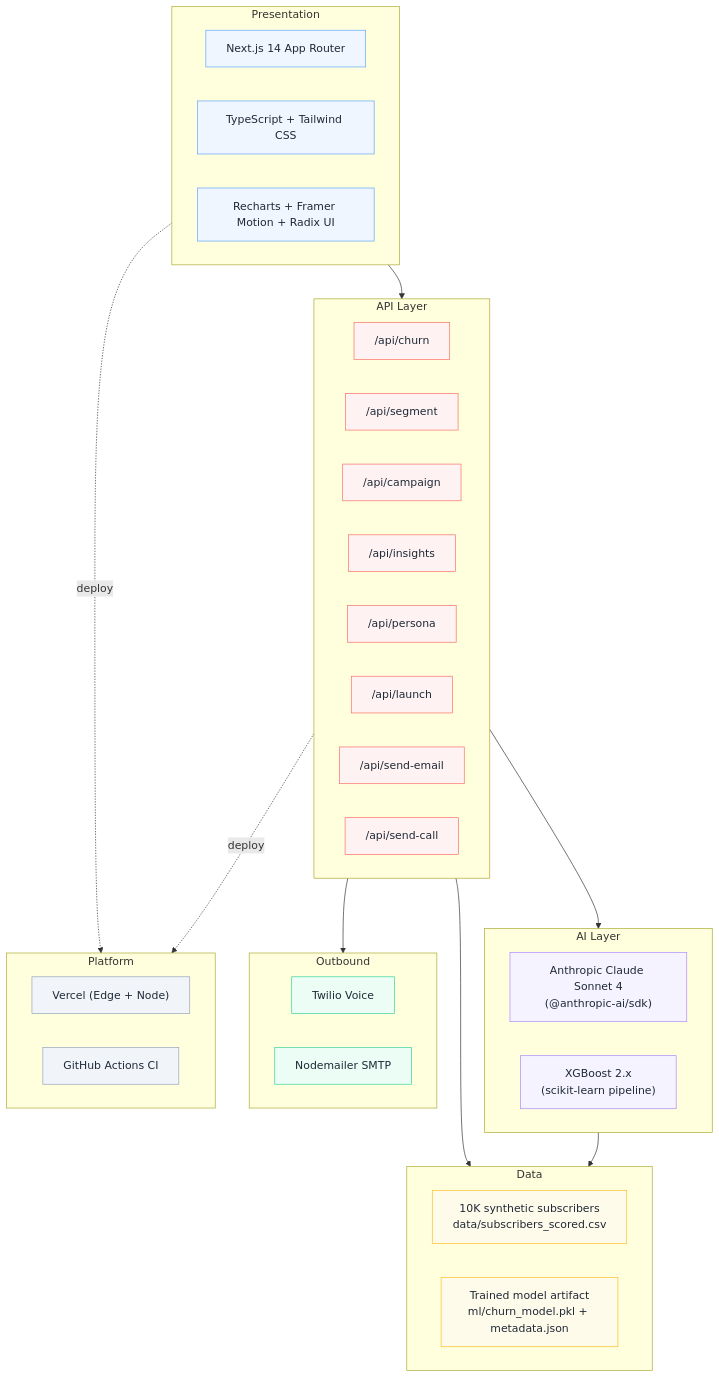
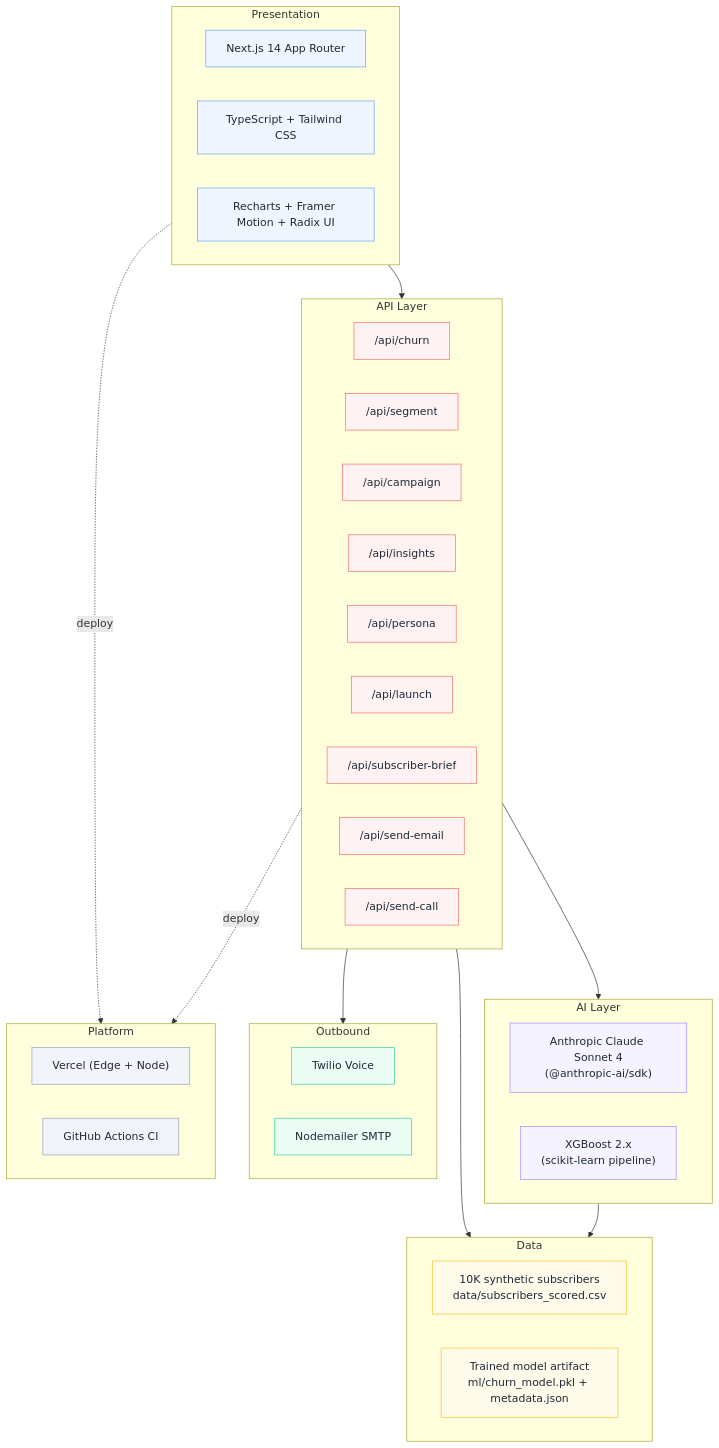
One commit to mn3265-commits/telcopulse-ai changed the diagram in docs/diagrams/tech_stack.mmd. Above: the diagram before and after it, drawn with Mermaid. The commit also changed 11 other files, not shown here.

First line of the commit message:
Add per-subscriber AI brief and editable HITL retention drafts

```diff
--- a/docs/diagrams/tech_stack.mmd
+++ b/docs/diagrams/tech_stack.mmd
@@ -1,59 +1,60 @@
 flowchart TB
     subgraph L1["Presentation"]
         FE1["Next.js 14 App Router"]
         FE2["TypeScript + Tailwind CSS"]
         FE3["Recharts + Framer Motion + Radix UI"]
     end
 
     subgraph L2["API Layer"]
         API1["/api/churn"]
         API2["/api/segment"]
         API3["/api/campaign"]
         API4["/api/insights"]
         API5["/api/persona"]
         API6["/api/launch"]
-        API7["/api/send-email"]
-        API8["/api/send-call"]
+        API7["/api/subscriber-brief"]
+        API8["/api/send-email"]
+        API9["/api/send-call"]
     end
 
     subgraph L3["AI Layer"]
         AI1["Anthropic Claude Sonnet 4<br/>(@anthropic-ai/sdk)"]
         ML1["XGBoost 2.x<br/>(scikit-learn pipeline)"]
     end
 
     subgraph L4["Data"]
         D1["10K synthetic subscribers<br/>data/subscribers_scored.csv"]
         D2["Trained model artifact<br/>ml/churn_model.pkl + metadata.json"]
     end
 
     subgraph L5["Outbound"]
         OB1["Twilio Voice"]
         OB2["Nodemailer SMTP"]
     end
 
     subgraph L6["Platform"]
         P1["Vercel (Edge + Node)"]
         P2["GitHub Actions CI"]
     end
 
     L1 --> L2
     L2 --> L3
     L2 --> L4
     L2 --> L5
     L3 --> L4
     L1 -.deploy.-> L6
     L2 -.deploy.-> L6
 
     classDef pres fill:#EFF6FF,stroke:#60A5FA,stroke-width:1px,color:#1F2937
     classDef api fill:#FEF3F2,stroke:#F97066,stroke-width:1px,color:#1F2937
     classDef ai fill:#F5F3FF,stroke:#A78BFA,stroke-width:1px,color:#1F2937
     classDef data fill:#FFFBEB,stroke:#FBBF24,stroke-width:1px,color:#1F2937
     classDef out fill:#ECFDF5,stroke:#34D399,stroke-width:1px,color:#1F2937
     classDef plat fill:#F1F5F9,stroke:#94A3B8,stroke-width:1px,color:#1F2937
 
     class FE1,FE2,FE3 pres
-    class API1,API2,API3,API4,API5,API6,API7,API8 api
+    class API1,API2,API3,API4,API5,API6,API7,API8,API9 api
     class AI1,ML1 ai
     class D1,D2 data
     class OB1,OB2 out
     class P1,P2 plat
```
